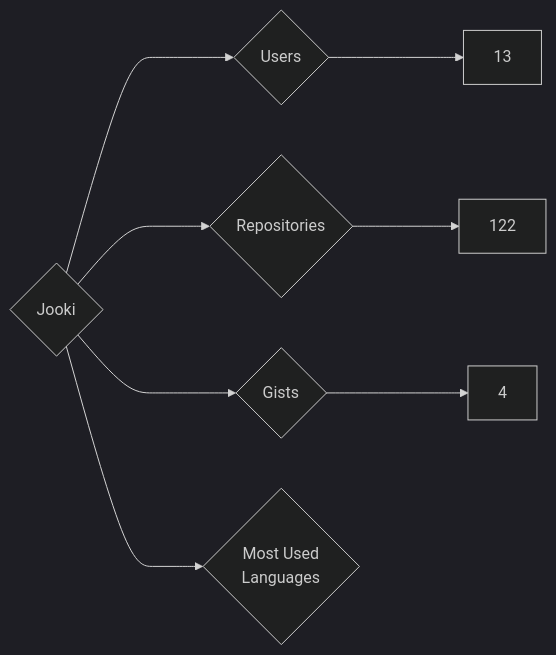
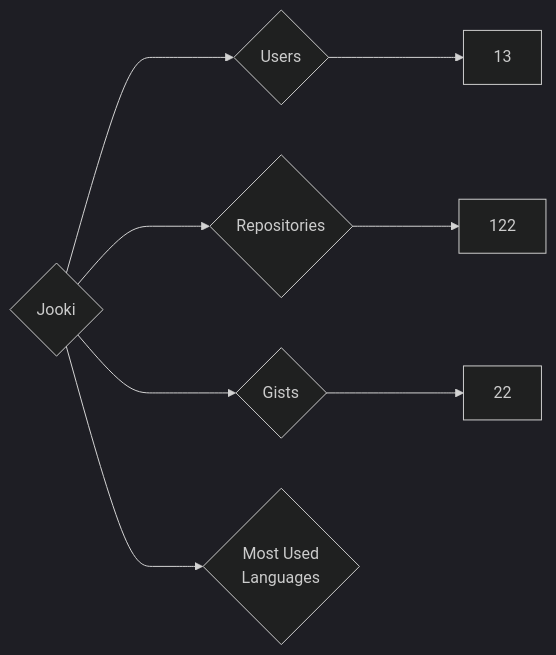
One commit to nenadzaric/insiders changed the diagram in targets/Jooki/README.md. Above: the diagram before and after it, drawn with Mermaid (dark theme). The commit also changed 1342 other files, not shown here.

````diff
--- a/targets/Jooki/README.md
+++ b/targets/Jooki/README.md
@@ -3,8 +3,8 @@
 ```mermaid
 graph LR
 COMPANY_NAME{Jooki}
 COMPANY_NAME ---> U{Users} ---> UN[13]
 COMPANY_NAME ---> R{Repositories} ---> RN[122]
-COMPANY_NAME ---> G{Gists} ---> GN[4]
+COMPANY_NAME ---> G{Gists} ---> GN[22]
 COMPANY_NAME ---> ML{Most Used<br>Languages}
 ```
````
